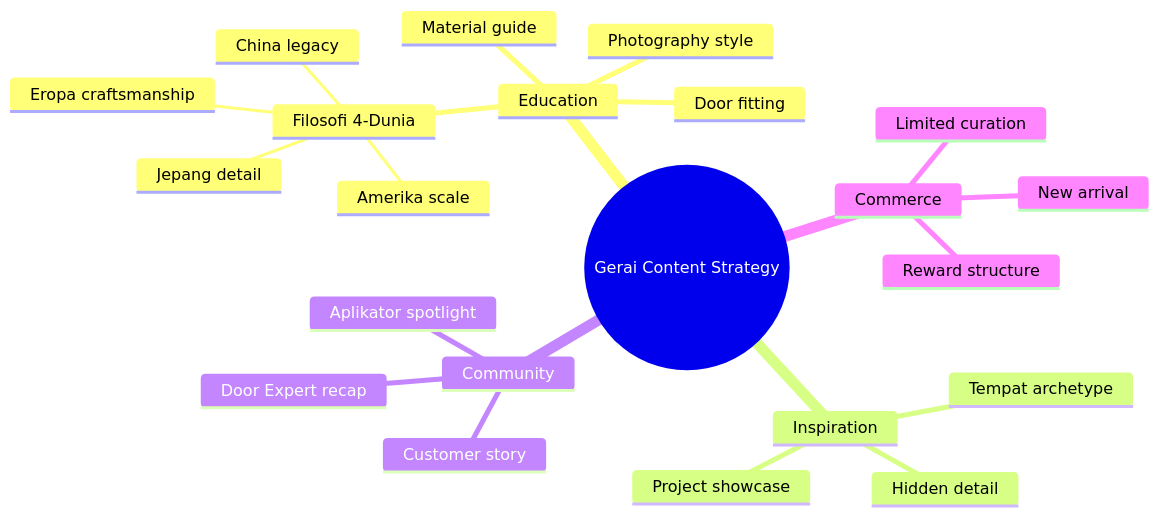
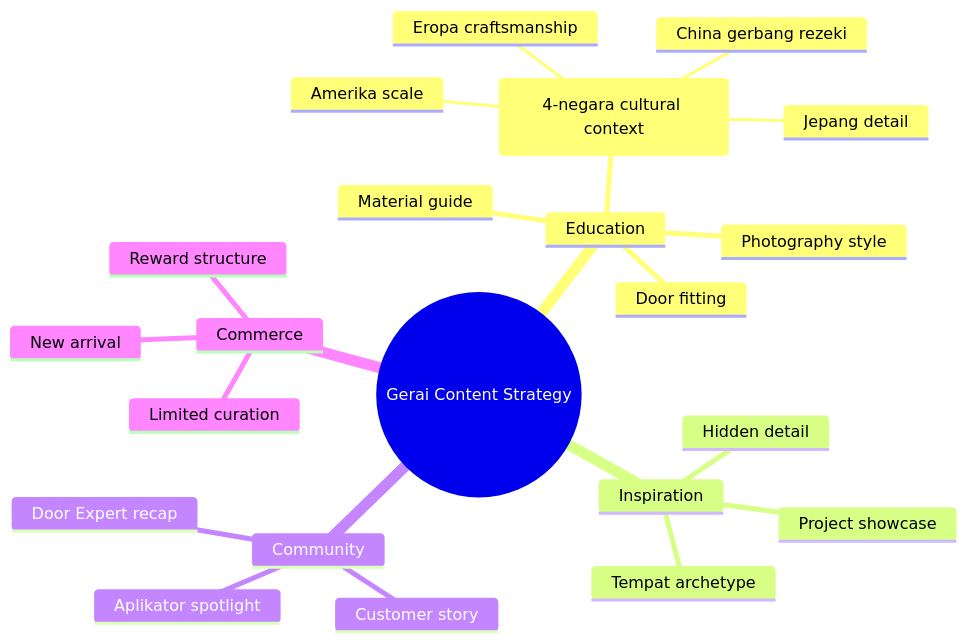
The diagram in librechat-deploy/skills/cmo/content-strategy.md (MahewAi/Mahew), drawn with Mermaid before and after one commit. The commit also changed other lines of this file and 80 other files, not shown here.

````diff
--- a/librechat-deploy/skills/cmo/content-strategy.md
+++ b/librechat-deploy/skills/cmo/content-strategy.md
@@ -110,25 +110,25 @@
 ```mermaid
 mindmap
   root((Gerai Content Strategy))
     Education
-      Filosofi 4-Dunia
+      Filosofi Dunia Pintu (4-negara cultural context)
         Jepang detail
         Eropa craftsmanship
         Amerika scale
-        China legacy
+        China gerbang rezeki
       Material guide
       Photography style
       Door fitting
     Inspiration
       Project showcase
       Hidden detail
       Tempat archetype
     Community
       Aplikator spotlight
       Door Expert recap
       Customer story
     Commerce
       New arrival
       Limited curation
       Reward structure
 ```
````
